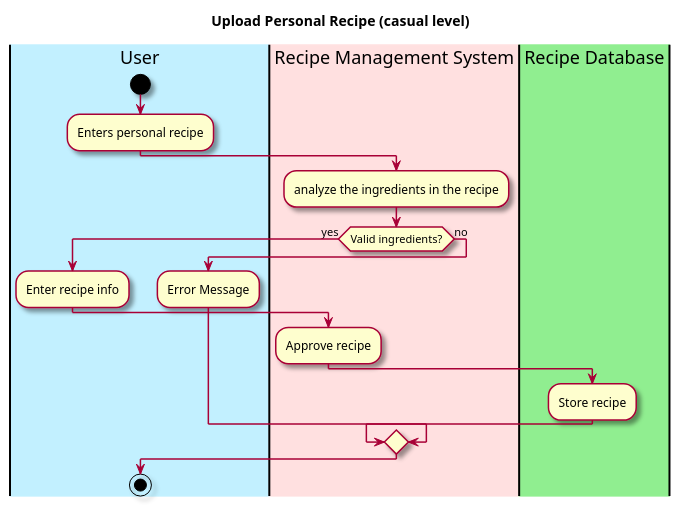
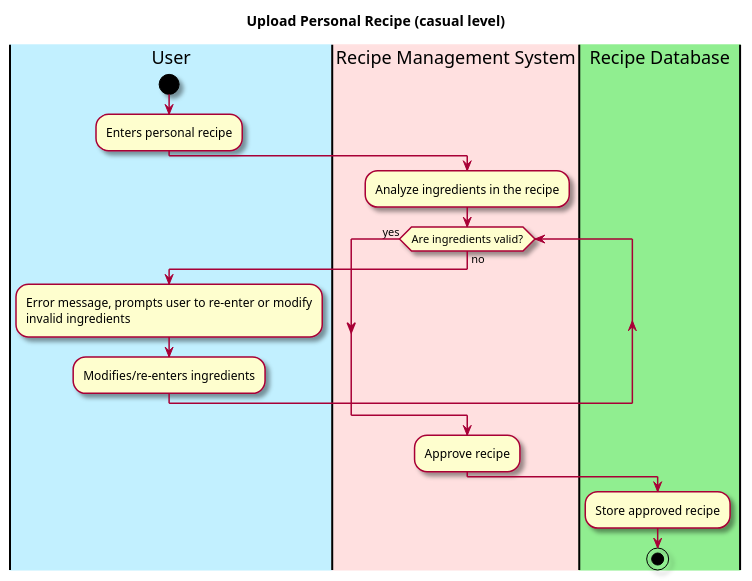
The diagram in intellij/doc/use-cases/upload_personal_recipe.md (berthashipper/Pantry-Pal-Android-Application), drawn with PlantUML before and after one commit.

Commit message:
Fixed workflow diagram for upload_personal_recipe use case

````diff
--- a/intellij/doc/use-cases/upload_personal_recipe.md
+++ b/intellij/doc/use-cases/upload_personal_recipe.md
@@ -28,34 +28,37 @@
 ```plantuml
 @startuml
 
 skin rose
 
 title Upload Personal Recipe (casual level)
 
 'define the lanes
 |#application|User|
 |#implementation|Recipe Management System|
 |#lightgreen|Recipe Database|
 
 |User|
 start
 :Enters personal recipe;
 
 |Recipe Management System|
-:analyze the ingredients in the recipe;
-if (Valid ingredients?) is (yes) then
+:Analyze ingredients in the recipe;
+
+while (Are ingredients valid?) is (no)
   |User|
-  :Enter recipe info;
-  |Recipe Management System|
-  :Approve recipe;
-  |Recipe Database|
-  :Store recipe;
+  :Error message, prompts user to re-enter or modify
+  invalid ingredients;
+  :Modifies/re-enters ingredients;  
+endwhile(yes) 
+  
 
-else (no)
-|User|
-:Error Message;
-endif
+|Recipe Management System|
+:Approve recipe;
+|Recipe Database|
+:Store approved recipe;
 
 stop
+
+
 @enduml
 ```
````
